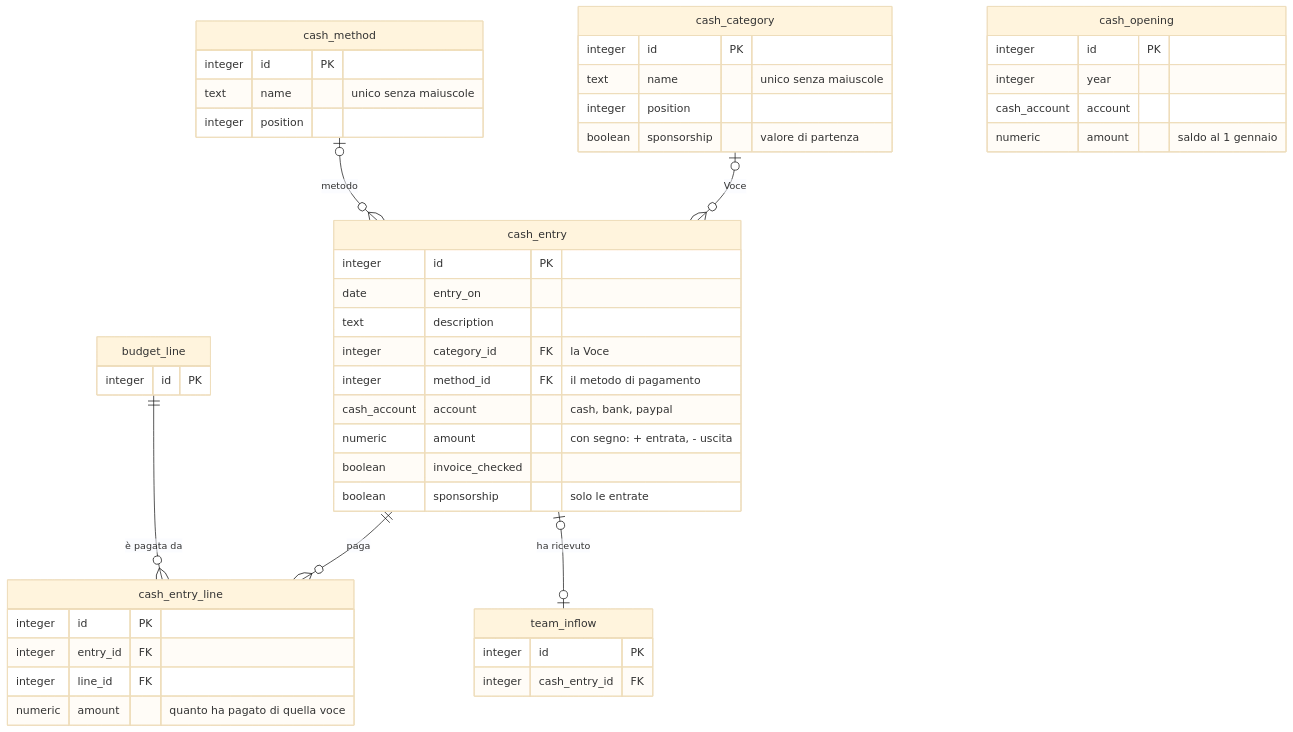
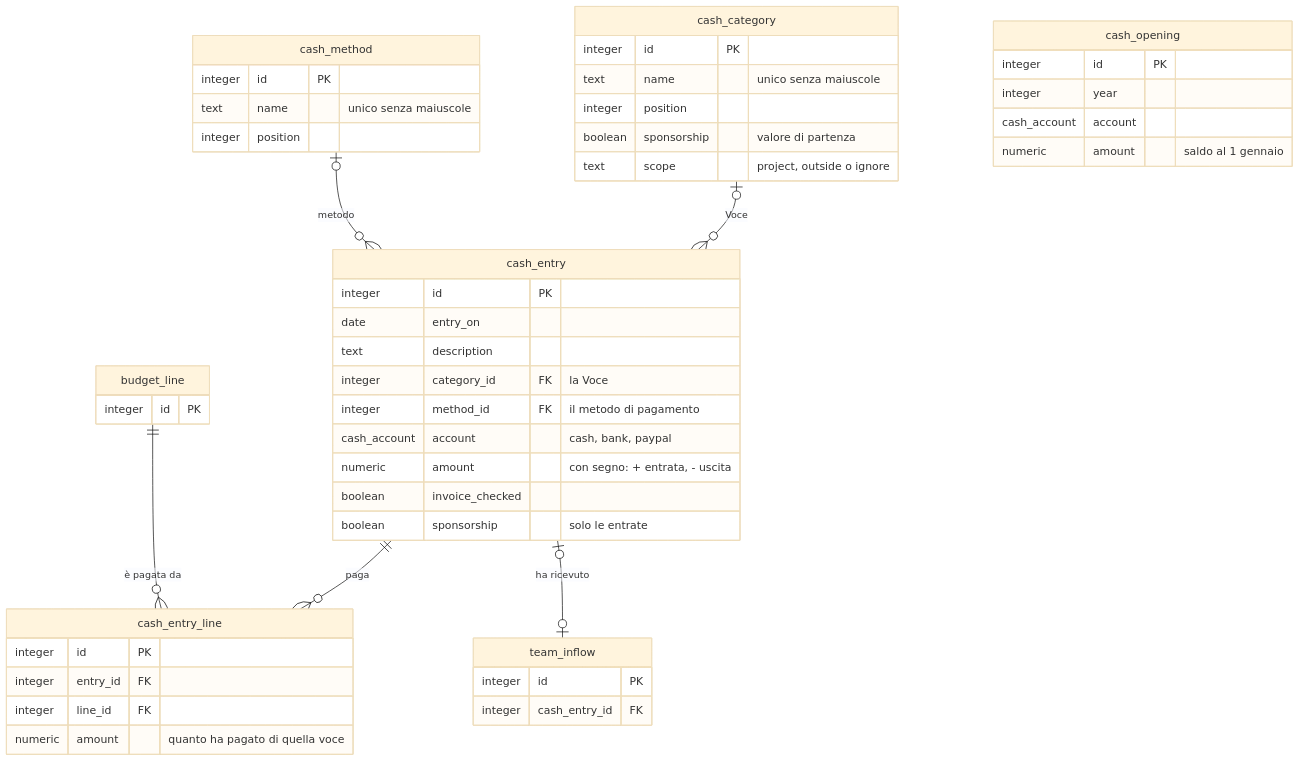
The fourth of 6 diagrams in docs/schema-database.md (KevinRomanello/Simple-configurable-ERP), drawn with Mermaid (base theme) before and after one commit. The commit also changed other lines of this file and 45 other files, not shown here.

````diff
--- a/docs/schema-database.md
+++ b/docs/schema-database.md
@@ -193,50 +194,51 @@
 ```mermaid
 erDiagram
   cash_entry {
     integer id PK
     date entry_on
     text description
     integer category_id FK "la Voce"
     integer method_id FK "il metodo di pagamento"
     cash_account account "cash, bank, paypal"
     numeric amount "con segno: + entrata, - uscita"
     boolean invoice_checked
     boolean sponsorship "solo le entrate"
   }
   cash_category {
     integer id PK
     text name "unico senza maiuscole"
     integer position
     boolean sponsorship "valore di partenza"
+    text scope "project, outside o ignore"
   }
   cash_method {
     integer id PK
     text name "unico senza maiuscole"
     integer position
   }
   cash_opening {
     integer id PK
     integer year
     cash_account account
     numeric amount "saldo al 1 gennaio"
   }
   cash_entry_line {
     integer id PK
     integer entry_id FK
     integer line_id FK
     numeric amount "quanto ha pagato di quella voce"
   }
   budget_line {
     integer id PK
   }
   team_inflow {
     integer id PK
     integer cash_entry_id FK
   }
 
   cash_category |o--o{ cash_entry : "Voce"
   cash_method |o--o{ cash_entry : "metodo"
   cash_entry ||--o{ cash_entry_line : "paga"
   budget_line ||--o{ cash_entry_line : "è pagata da"
   cash_entry |o--o| team_inflow : "ha ricevuto"
 ```
````
